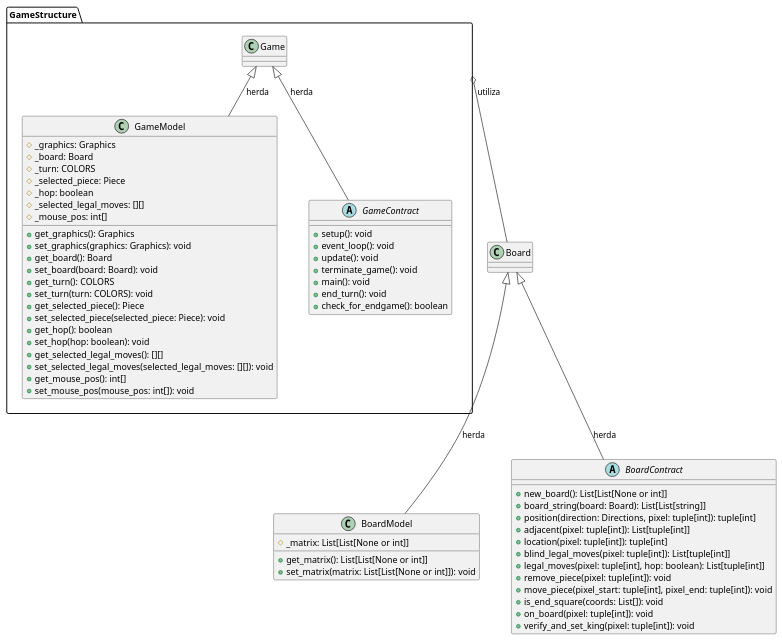
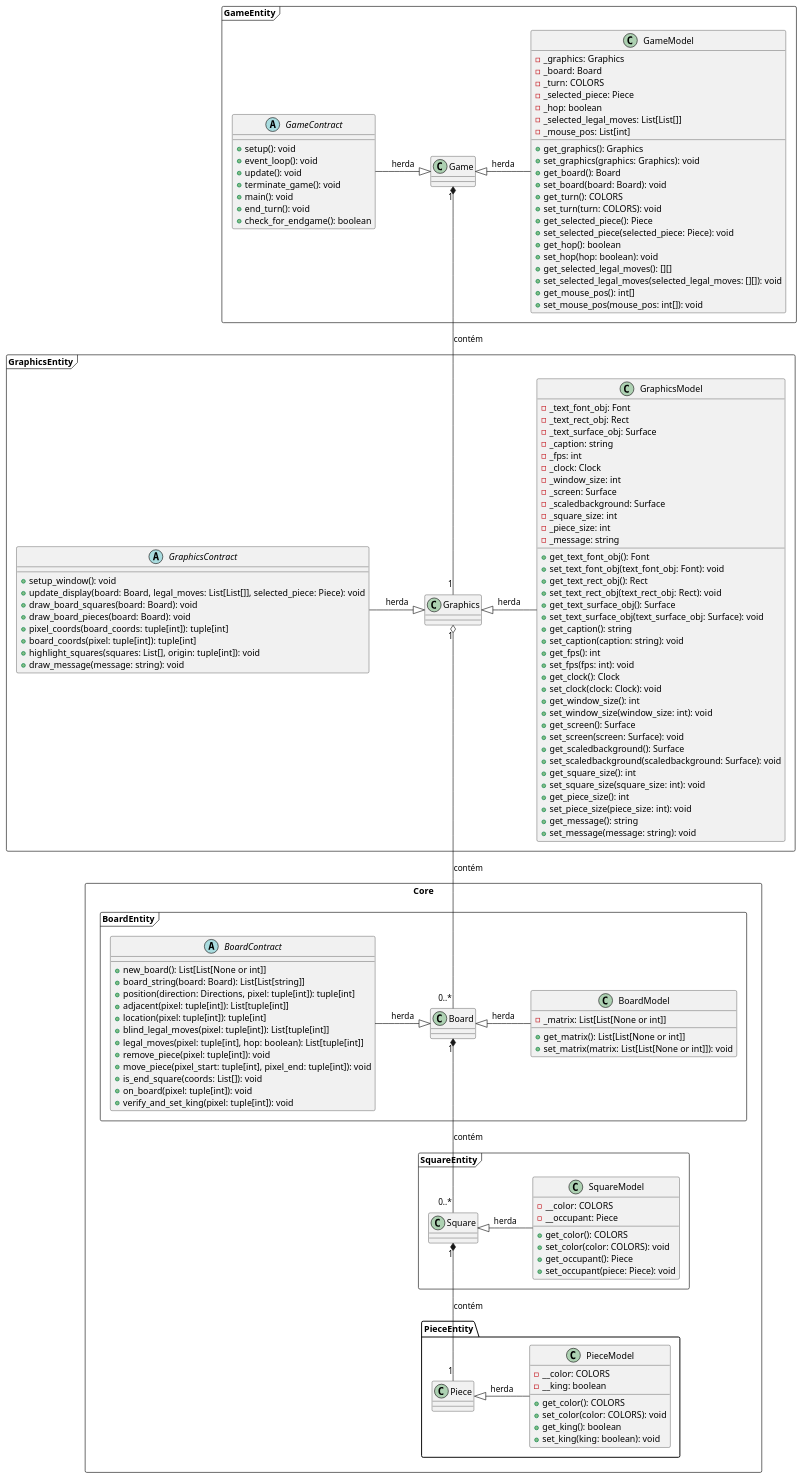
Before and after one commit to victorfjansen/python-chessgame: the diagram in .puml, drawn with PlantUML. The commit also changed 12 other files, not shown here.

Commit message:
feat: adiciona uml

```diff
--- a/.puml
+++ b/.puml
@@ -1,76 +1,172 @@
 @startuml Checkers
 skinparam groupInheritance 4
 skinparam nodesep 50
 
-package GameStructure <<Folder>> {
-class Game {
+package GameEntity <<Frame>> {
+    class Game {}
+
+    class GameModel {
+        - _graphics: Graphics
+        - _board: Board
+        - _turn: COLORS
+        - _selected_piece: Piece
+        - _hop: boolean
+        - _selected_legal_moves: List[List[]]
+        - _mouse_pos: List[int]
+        + get_graphics(): Graphics
+        + set_graphics(graphics: Graphics): void
+        + get_board(): Board
+        + set_board(board: Board): void
+        + get_turn(): COLORS
+        + set_turn(turn: COLORS): void
+        + get_selected_piece(): Piece
+        + set_selected_piece(selected_piece: Piece): void
+        + get_hop(): boolean
+        + set_hop(hop: boolean): void
+        + get_selected_legal_moves(): [][]
+        + set_selected_legal_moves(selected_legal_moves: [][]): void
+        + get_mouse_pos(): int[]
+        + set_mouse_pos(mouse_pos: int[]): void
+    }
+
+    abstract class GameContract {
+        + setup(): void
+        + event_loop(): void
+        + update(): void
+        + terminate_game(): void
+        + main(): void
+        + end_turn(): void
+        + check_for_endgame(): boolean
+    }
 }
 
-class GameModel {
-    # _graphics: Graphics
-    # _board: Board
-    # _turn: COLORS
-    # _selected_piece: Piece
-    # _hop: boolean
-    # _selected_legal_moves: [][]
-    # _mouse_pos: int[]
-    + get_graphics(): Graphics
-    + set_graphics(graphics: Graphics): void
-    + get_board(): Board
-    + set_board(board: Board): void
-    + get_turn(): COLORS
-    + set_turn(turn: COLORS): void
-    + get_selected_piece(): Piece
-    + set_selected_piece(selected_piece: Piece): void
-    + get_hop(): boolean
-    + set_hop(hop: boolean): void
-    + get_selected_legal_moves(): [][]
-    + set_selected_legal_moves(selected_legal_moves: [][]): void
-    + get_mouse_pos(): int[]
-    + set_mouse_pos(mouse_pos: int[]): void
+package GraphicsEntity <<Frame>> {
+    class GraphicsModel {
+        - _text_font_obj: Font
+        - _text_rect_obj: Rect
+        - _text_surface_obj: Surface
+        - _caption: string
+        - _fps: int
+        - _clock: Clock
+        - _window_size: int
+        - _screen: Surface
+        - _scaledbackground: Surface
+        - _square_size: int
+        - _piece_size: int
+        - _message: string
+        
+        + get_text_font_obj(): Font
+        + set_text_font_obj(text_font_obj: Font): void
+        + get_text_rect_obj(): Rect
+        + set_text_rect_obj(text_rect_obj: Rect): void
+        + get_text_surface_obj(): Surface
+        + set_text_surface_obj(text_surface_obj: Surface): void
+        + get_caption(): string
+        + set_caption(caption: string): void
+        + get_fps(): int
+        + set_fps(fps: int): void
+        + get_clock(): Clock
+        + set_clock(clock: Clock): void
+        + get_window_size(): int
+        + set_window_size(window_size: int): void
+        + get_screen(): Surface
+        + set_screen(screen: Surface): void
+        + get_scaledbackground(): Surface
+        + set_scaledbackground(scaledbackground: Surface): void
+        + get_square_size(): int
+        + set_square_size(square_size: int): void
+        + get_piece_size(): int
+        + set_piece_size(piece_size: int): void
+        + get_message(): string
+        + set_message(message: string): void
+    }
+
+    abstract class GraphicsContract {
+        + setup_window(): void
+        + update_display(board: Board, legal_moves: List[List[]], selected_piece: Piece): void
+        + draw_board_squares(board: Board): void
+        + draw_board_pieces(board: Board): void
+        + pixel_coords(board_coords: tuple[int]): tuple[int]
+        + board_coords(pixel: tuple[int]): tuple[int]
+        + highlight_squares(squares: List[], origin: tuple[int]): void
+        + draw_message(message: string): void
+    }
+
+    class Graphics {}
 }
 
-abstract class GameContract {
-    + setup(): void
-    + event_loop(): void
-    + update(): void
-    + terminate_game(): void
-    + main(): void
-    + end_turn(): void
-    + check_for_endgame(): boolean
+package Core <<Rectangle>> {
+    package PieceEntity {
+    class PieceModel {
+        - __color: COLORS
+        - __king: boolean
+        + get_color(): COLORS
+        + set_color(color: COLORS): void
+        + get_king(): boolean
+        + set_king(king: boolean): void
+    }
+
+    class Piece{}
+}
+
+package SquareEntity <<Frame>>{
+    class SquareModel {
+        - __color: COLORS
+        - __occupant: Piece
+        + get_color(): COLORS
+        + set_color(color: COLORS): void
+        + get_occupant(): Piece
+        + set_occupant(piece: Piece): void
+    }
+
+    class Square {}
+}
+
+package BoardEntity <<Frame>> {
+    class BoardModel {
+        - _matrix: List[List[None or int]]
+        + get_matrix(): List[List[None or int]]
+        + set_matrix(matrix: List[List[None or int]]): void
+    }
+
+    abstract class BoardContract {
+        + new_board(): List[List[None or int]]
+        + board_string(board: Board): List[List[string]]
+        + position(direction: Directions, pixel: tuple[int]): tuple[int]
+        + adjacent(pixel: tuple[int]): List[tuple[int]]
+        + location(pixel: tuple[int]): tuple[int]
+        + blind_legal_moves(pixel: tuple[int]): List[tuple[int]]
+        + legal_moves(pixel: tuple[int], hop: boolean): List[tuple[int]]
+        + remove_piece(pixel: tuple[int]): void
+        + move_piece(pixel_start: tuple[int], pixel_end: tuple[int]): void
+        + is_end_square(coords: List[]): void
+        + on_board(pixel: tuple[int]): void
+        + verify_and_set_king(pixel: tuple[int]): void
+    }
+
+    class Board {}
 }
 }
 
+Board <|-right- BoardModel : herda
+Board <|-left- BoardContract : herda
 
-class BoardModel {
-    # _matrix: List[List[None or int]]
-    + get_matrix(): List[List[None or int]]
-    + set_matrix(matrix: List[List[None or int]]): void
-}
+Game <|-right- GameModel : herda
+Game <|-left- GameContract : herda
 
-abstract class BoardContract {
-    + new_board(): List[List[None or int]]
-    + board_string(board: Board): List[List[string]]
-    + position(direction: Directions, pixel: tuple[int]): tuple[int]
-    + adjacent(pixel: tuple[int]): List[tuple[int]]
-    + location(pixel: tuple[int]): tuple[int]
-    + blind_legal_moves(pixel: tuple[int]): List[tuple[int]]
-    + legal_moves(pixel: tuple[int], hop: boolean): List[tuple[int]]
-    + remove_piece(pixel: tuple[int]): void
-    + move_piece(pixel_start: tuple[int], pixel_end: tuple[int]): void
-    + is_end_square(coords: List[]): void
-    + on_board(pixel: tuple[int]): void
-    + verify_and_set_king(pixel: tuple[int]): void
-}
+Graphics <|-left- GraphicsContract : herda
+Graphics <|-right- GraphicsModel : herda
 
-class Board {}
+Piece <|-right- PieceModel : herda
 
-Board <|-- BoardModel : herda
-Board <|-- BoardContract : herda
+Square <|-right- SquareModel : herda
 
-Game <|-- GameModel : herda
-Game <|-- GameContract : herda
+Square "1" *-- "1" Piece : contém
 
-GameStructure o-- Board : utiliza
+Board "1" *-- "0..*" Square : contém
+
+Graphics "1" o-- "0..*" Board : contém
+
+Game "1" *-- "1" Graphics : contém
 
 @enduml
```
